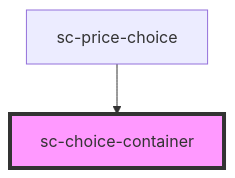
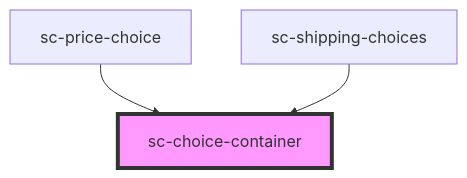
The diagram in packages/components/src/components/ui/choice-container/readme.md (surecart/surecart-wp-plugin), drawn with Mermaid before and after one commit. The commit also changed other lines of this file and 15 other files, not shown here.

Commit message:
Create a block for the shipping choices

````diff
--- a/packages/components/src/components/ui/choice-container/readme.md
+++ b/packages/components/src/components/ui/choice-container/readme.md
@@ -93,5 +94,6 @@
 ```mermaid
 graph TD;
   sc-price-choice --> sc-choice-container
+  sc-shipping-choices --> sc-choice-container
   style sc-choice-container fill:#f9f,stroke:#333,stroke-width:4px
 ```
````
